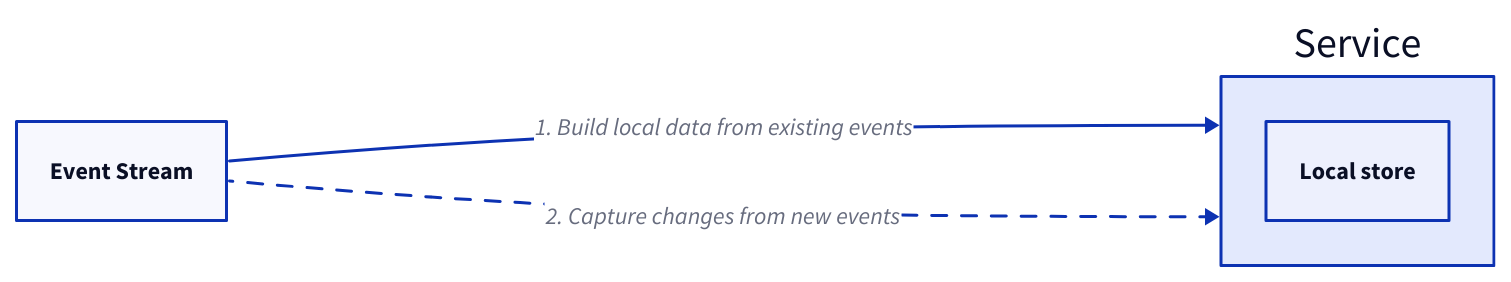
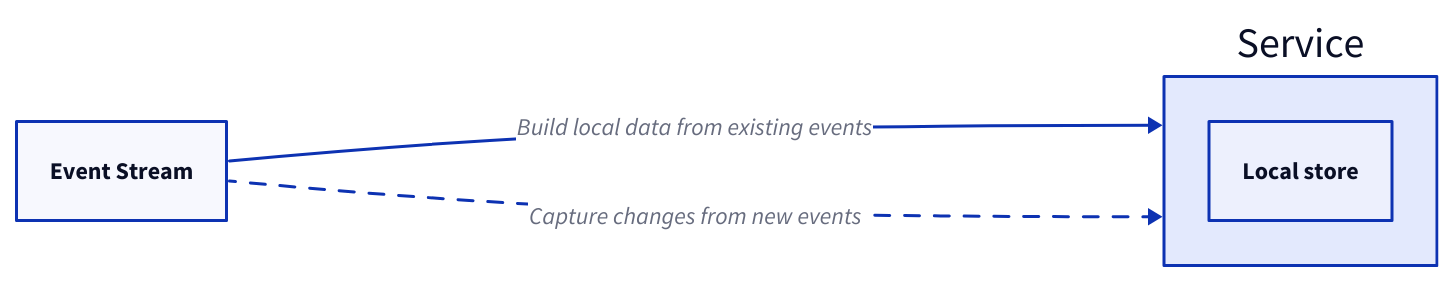
One commit to link1905/system-design-101 changed the sixth of 16 diagrams in content/docs/design-patterns/event-driven-architecture/event-sourcing.md. Above: the diagram before and after it, drawn with D2. The commit also changed other lines of this file and 12 other files, not shown here.

````diff
--- a/content/docs/design-patterns/event-driven-architecture/event-sourcing.md
+++ b/content/docs/design-patterns/event-driven-architecture/event-sourcing.md
@@ -184,15 +183,15 @@
 ```d2
 direction: right
 m: Event Stream {
     class: mq
 }
 s1: Service {
     store: Local store {
         class: db
     }
 }
-s1 <- m: 1. Build local data from existing events
-s1 <- m: 2. Capture changes from new events {
+s1 <- m: Build local data from existing events
+s1 <- m: Capture changes from new events {
     style.animated: true
 }
 ```
````
